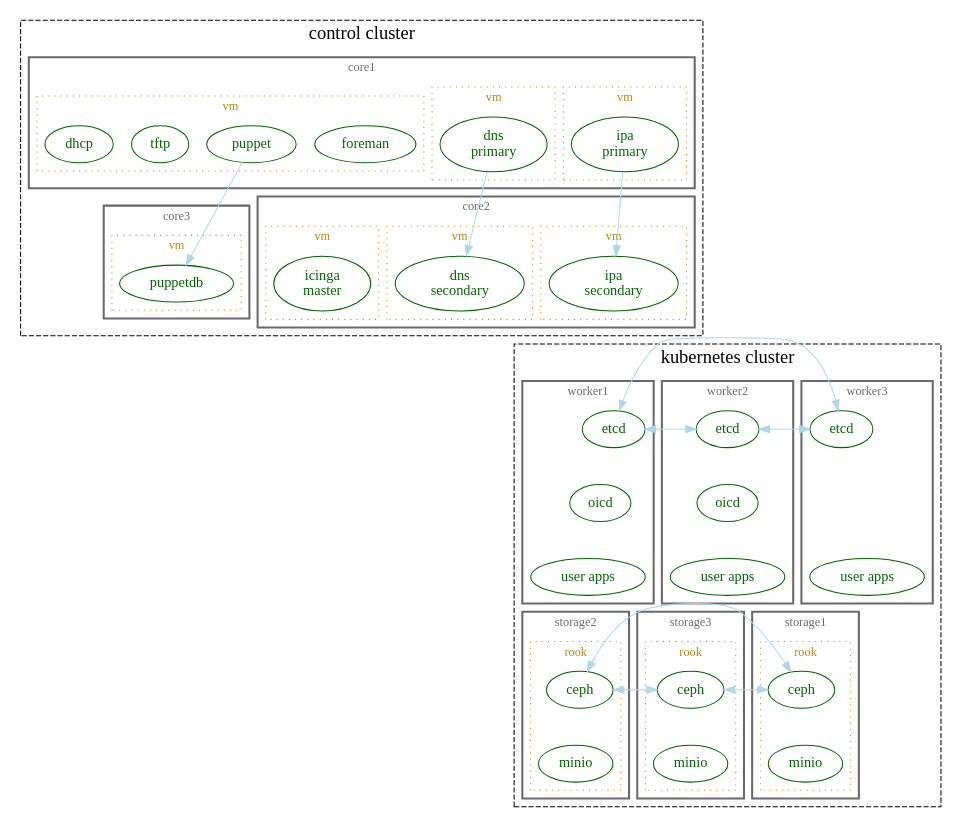
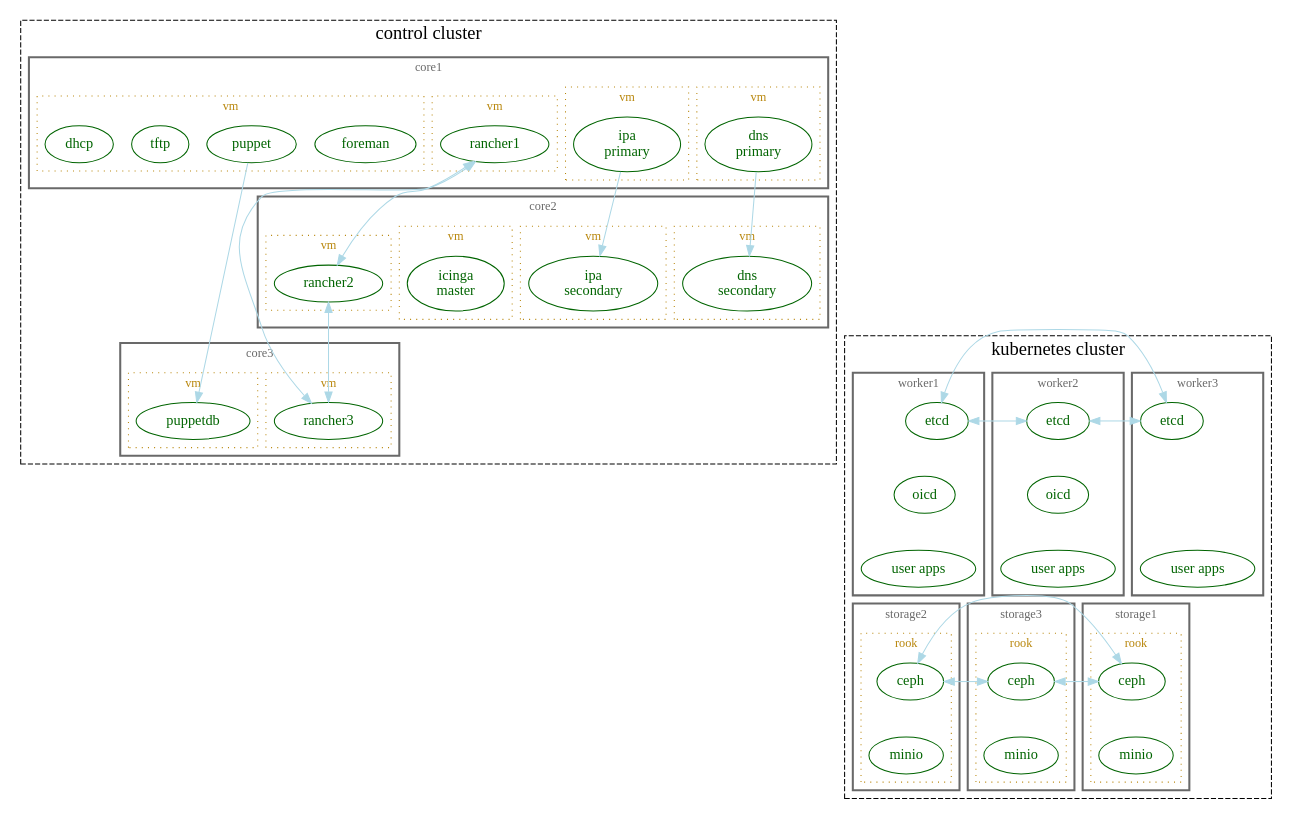
The diagram in _static/seed_cluster.dot (LSST-IT/ittn-002), drawn with Graphviz before and after one commit. The commit also changed 1 other file, not shown here.

Commit message:
add rancher

```diff
--- a/_static/seed_cluster.dot
+++ b/_static/seed_cluster.dot
@@ -19,6 +19,9 @@
     ipa2 [label="ipa\nsecondary"]
     icingamaster [label="icinga\nmaster"]
     puppetdb [label="puppetdb"]
+    rancher1 [label="rancher1"]
+    rancher2 [label="rancher2"]
+    rancher3 [label="rancher3"]
     app1 [label="user apps"]
     app2 [label="user apps"]
     app3 [label="user apps"]
@@ -55,6 +58,7 @@
         dns1
         dhcp1
         ipa1
+        rancher1
       }
 
       subgraph cluster_100 {
@@ -89,6 +93,16 @@
 
         ipa1
       }
+
+      subgraph cluster_103 {
+        label="vm"
+        color=darkgoldenrod
+        fontcolor=darkgoldenrod
+        fontsize=12
+        style=dotted
+
+        rancher1
+      }
     }
 
     subgraph cluster_20 {
@@ -103,6 +117,7 @@
         dns2
         ipa2
         icingamaster
+        rancher2
       }
 
       subgraph cluster_200 {
@@ -134,6 +149,16 @@
 
         icingamaster
       }
+
+      subgraph cluster_203 {
+        label="vm"
+        color=darkgoldenrod
+        fontcolor=darkgoldenrod
+        fontsize=12
+        style=dotted
+
+        rancher2
+      }
     }
 
     subgraph cluster_30 {
@@ -147,6 +172,7 @@
         rank=same
         icingamaster
         puppetdb
+        rancher3
       }
 
       subgraph cluster_300 {
@@ -168,12 +194,25 @@
 
         puppetdb
       }
+
+      subgraph cluster_302 {
+        label="vm"
+        color=darkgoldenrod
+        fontcolor=darkgoldenrod
+        fontsize=12
+        style=dotted
+
+        rancher3
+      }
     }
 
     edge [color=lightblue]
     dns1 -> dns2
     ipa1 -> ipa2
     puppet -> puppetdb
+    rancher1 -> rancher2 [dir=both]
+    rancher2 -> rancher3 [dir=both]
+    rancher3 -> rancher1 [dir=both]
   }
 
   subgraph cluster_1 {
```
